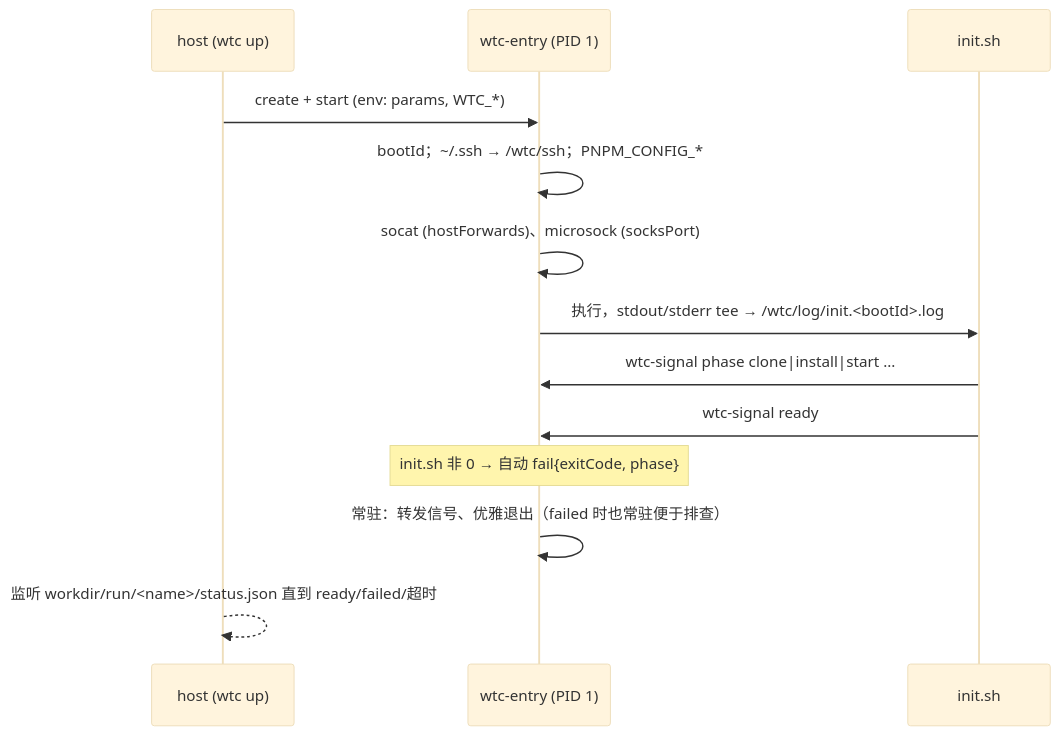
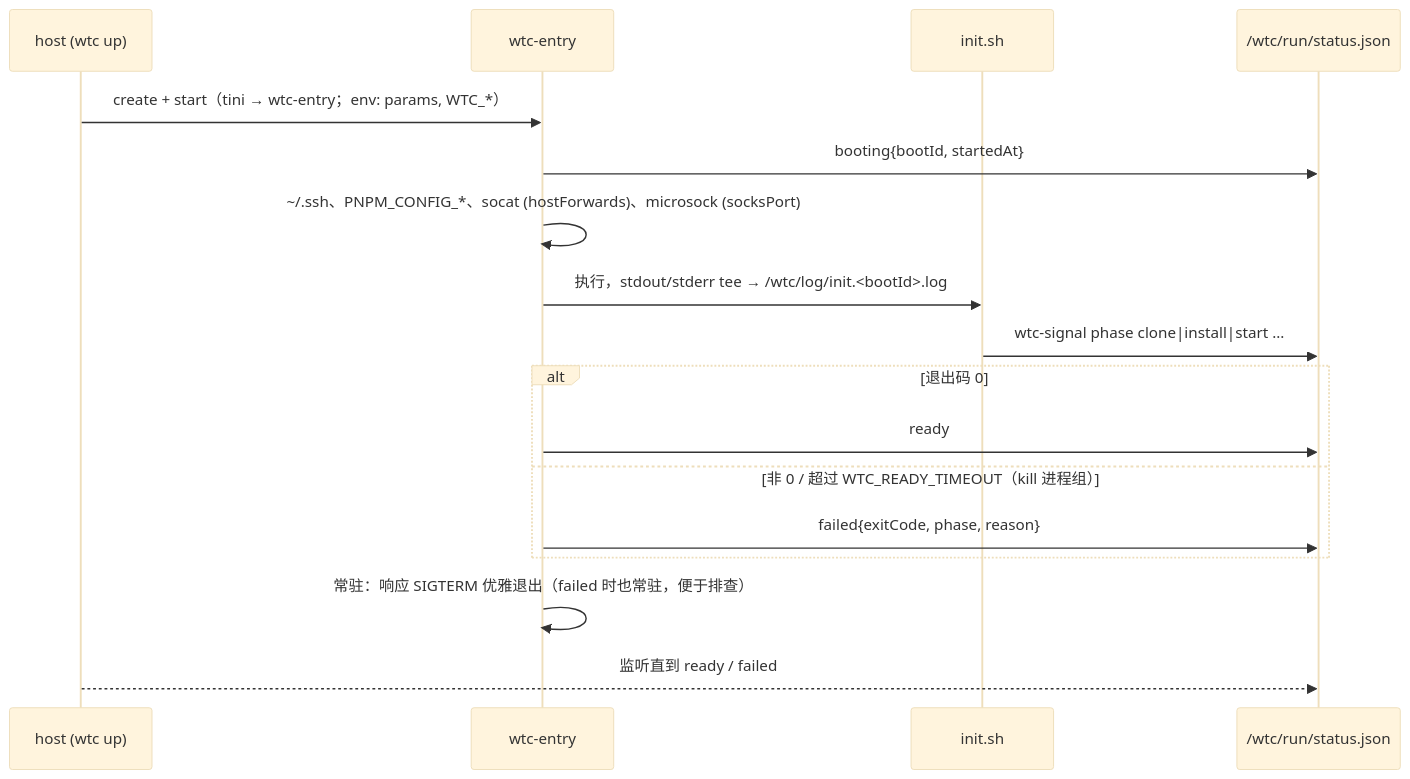
Before and after one commit to lyonbot/wtc: the second of 4 diagrams in docs/superpowers/specs/2026-09-30-wtc-design.md, drawn with Mermaid (base theme). The commit also changed other lines of this file, not shown here.

Commit message:
docs: revise wtc design spec (drop apple/container, fixed socks port, verified findings, doc deliverables)

````diff
--- a/docs/superpowers/specs/2026-09-30-wtc-design.md
+++ b/docs/superpowers/specs/2026-09-30-wtc-design.md
@@ -176,15 +203,19 @@
 ```mermaid
 sequenceDiagram
   participant H as host (wtc up)
-  participant E as wtc-entry (PID 1)
+  participant E as wtc-entry
   participant I as init.sh
-  H->>E: create + start (env: params, WTC_*)
-  E->>E: bootId；~/.ssh → /wtc/ssh；PNPM_CONFIG_*
-  E->>E: socat (hostForwards)、microsock (socksPort)
+  participant S as /wtc/run/status.json
+  H->>E: create + start（tini → wtc-entry；env: params, WTC_*）
+  E->>S: booting{bootId, startedAt}
+  E->>E: ~/.ssh、PNPM_CONFIG_*、socat (hostForwards)、microsock (socksPort)
   E->>I: 执行，stdout/stderr tee → /wtc/log/init.<bootId>.log
-  I->>E: wtc-signal phase clone|install|start ...
-  I->>E: wtc-signal ready
-  Note over E: init.sh 非 0 → 自动 fail{exitCode, phase}
-  E->>E: 常驻：转发信号、优雅退出（failed 时也常驻便于排查）
-  H-->>H: 监听 workdir/run/<name>/status.json 直到 ready/failed/超时
+  I->>S: wtc-signal phase clone|install|start ...
+  alt 退出码 0
+    E->>S: ready
+  else 非 0 / 超过 WTC_READY_TIMEOUT（kill 进程组）
+    E->>S: failed{exitCode, phase, reason}
+  end
+  E->>E: 常驻：响应 SIGTERM 优雅退出（failed 时也常驻，便于排查）
+  H-->>S: 监听直到 ready / failed
 ```
````
